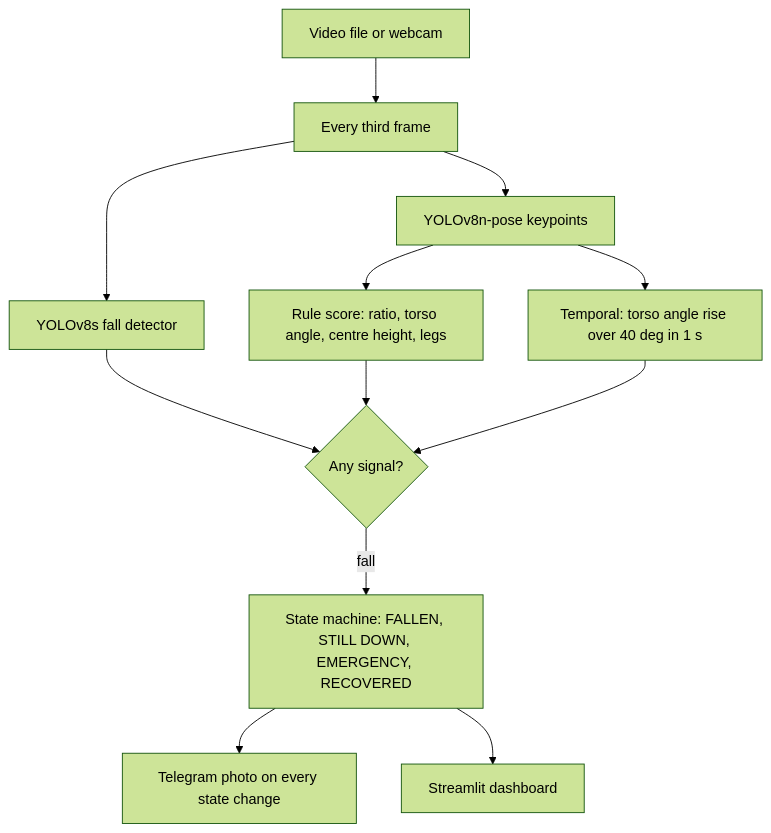
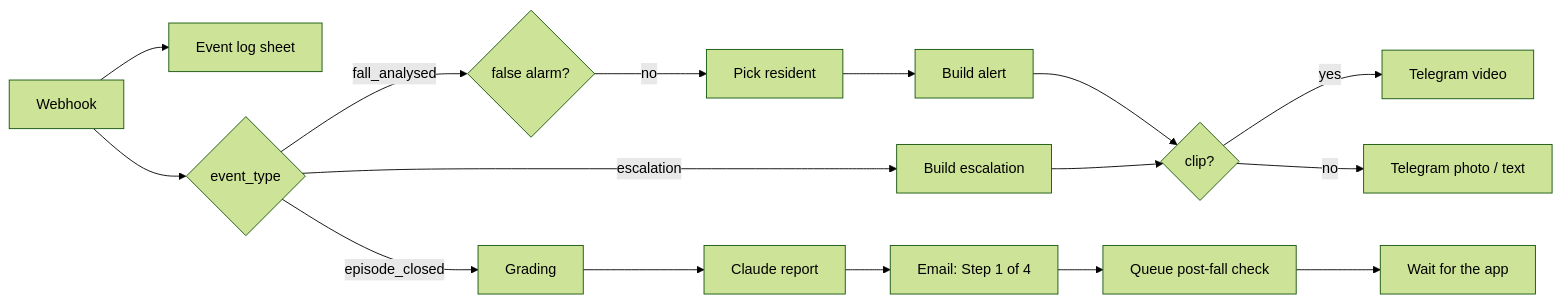
Before and after one commit to HollyHsu0808/fallguard: the diagram in README.md, drawn with Mermaid (forest theme). The commit also changed other lines of this file and 57 other files, not shown here.

Commit message:
feat: v2 - n8n care workflow, Telegram video alerts, decisions in the app (n8n hackathon winner)

````diff
--- a/README.md
+++ b/README.md
@@ -17,14 +42,12 @@
 ```mermaid
-flowchart TD
-    A[Video file or webcam] --> B[Every third frame]
-    B --> C[YOLOv8s fall detector]
-    B --> D[YOLOv8n-pose keypoints]
-    D --> E[Rule score: ratio, torso angle, centre height, legs]
-    D --> F[Temporal: torso angle rise over 40 deg in 1 s]
-    C --> G{Any signal?}
-    E --> G
-    F --> G
-    G -->|fall| H[State machine: FALLEN, STILL DOWN, EMERGENCY, RECOVERED]
-    H --> I[Telegram photo on every state change]
-    H --> J[Streamlit dashboard]
+flowchart LR
+    W[Webhook] --> L[Event log sheet]
+    W --> S{event_type}
+    S -->|fall_analysed| F{false alarm?}
+    F -->|no| P[Pick resident] --> A[Build alert] --> C{clip?}
+    C -->|yes| V[Telegram video]
+    C -->|no| Ph[Telegram photo / text]
+    S -->|escalation| E[Build escalation] --> C
+    S -->|episode_closed| G[Grading] --> R[Claude report] --> M[Email: Step 1 of 4]
+    M --> Q1[Queue post-fall check] --> D1[Wait for the app]
 ```
````
